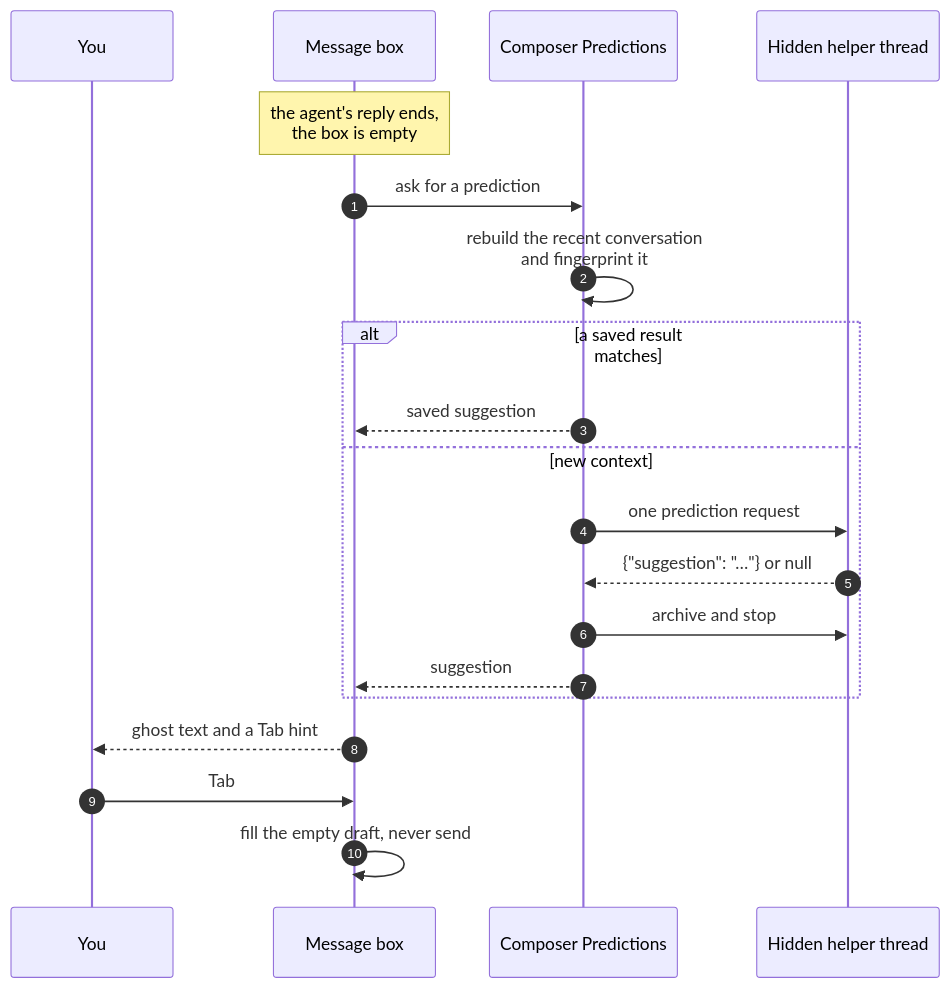
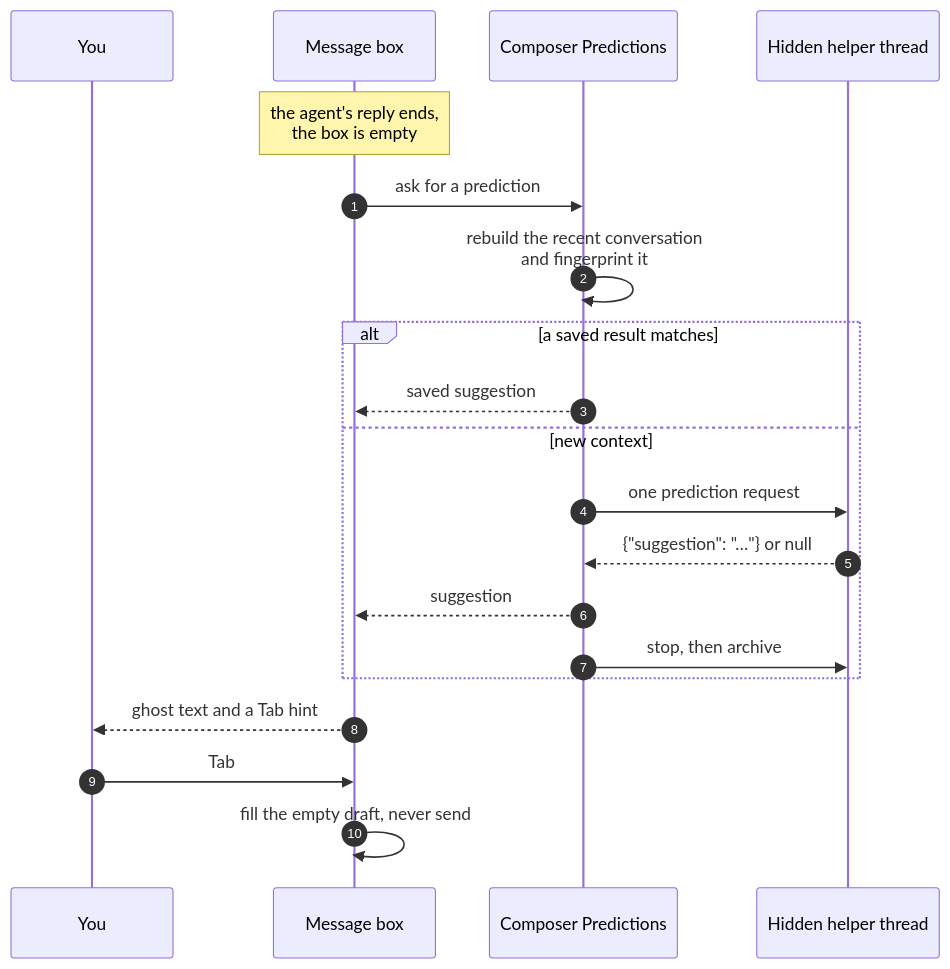
Before and after one commit to MacHatter1/bb-plugin-composer-predictions: the diagram in README.md, drawn with Mermaid. The commit also changed other lines of this file and 6 other files, not shown here.

````diff
--- a/README.md
+++ b/README.md
@@ -157,23 +157,23 @@
 ```mermaid
 sequenceDiagram
     autonumber
     participant You
     participant Composer as Message box
     participant Plugin as Composer Predictions
     participant Helper as Hidden helper thread
 
     Note over Composer: the agent's reply ends,<br/>the box is empty
     Composer->>Plugin: ask for a prediction
     Plugin->>Plugin: rebuild the recent conversation<br/>and fingerprint it
     alt a saved result matches
         Plugin-->>Composer: saved suggestion
     else new context
         Plugin->>Helper: one prediction request
         Helper-->>Plugin: {"suggestion": "…"} or null
-        Plugin->>Helper: archive and stop
         Plugin-->>Composer: suggestion
+        Plugin->>Helper: stop, then archive
     end
     Composer-->>You: ghost text and a Tab hint
     You->>Composer: Tab
     Composer->>Composer: fill the empty draft, never send
 ```
````
